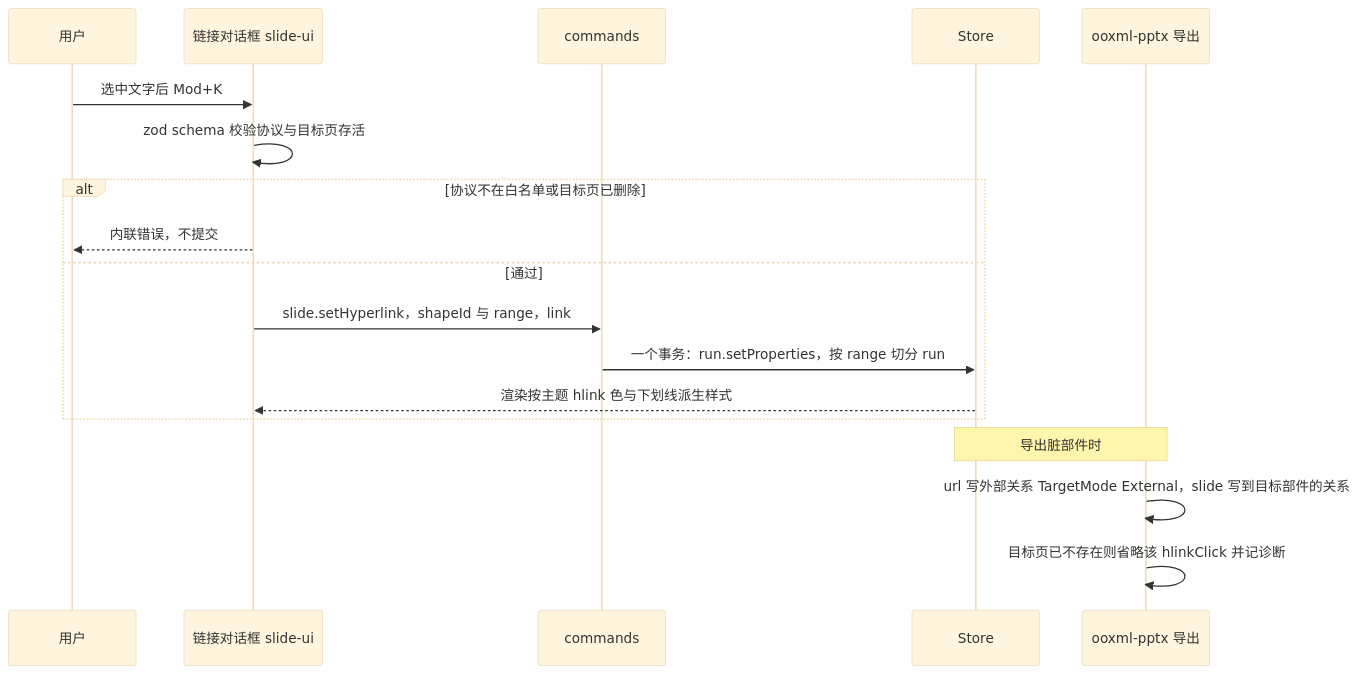
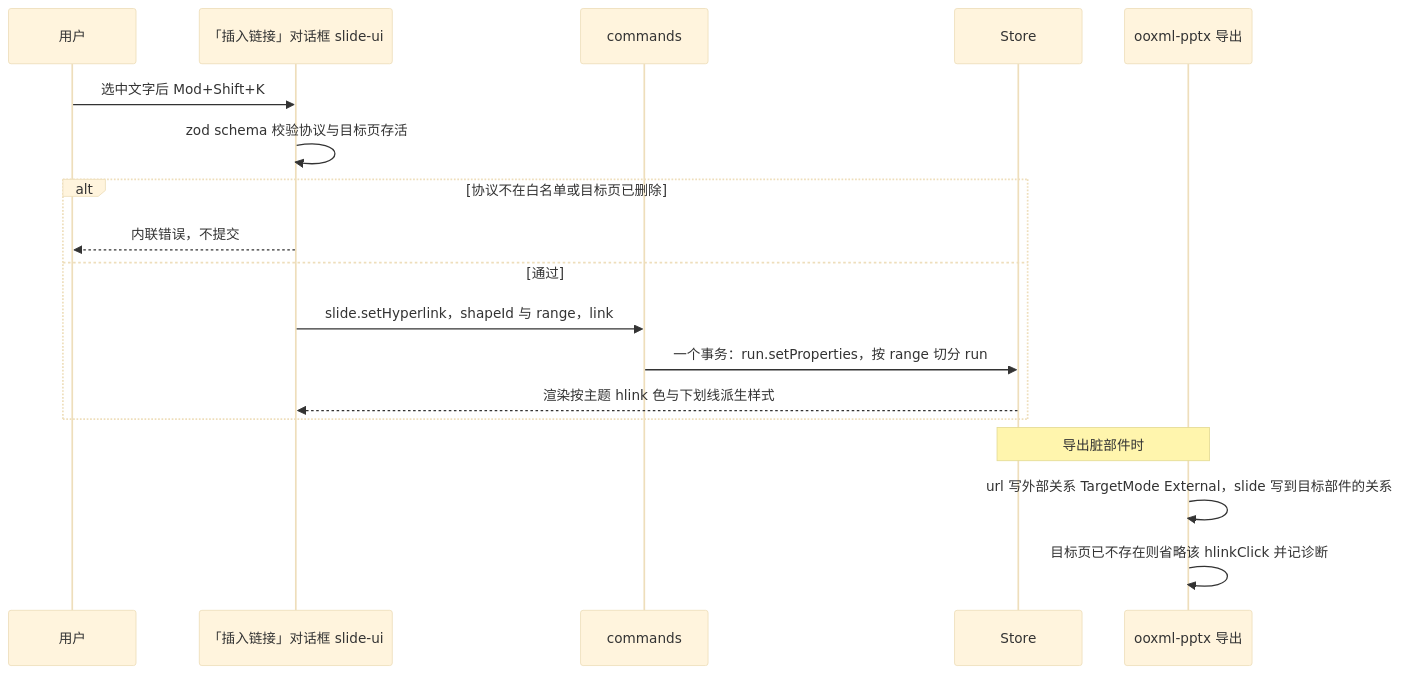
One commit to Xeonice/cordis-ppt-editor changed the seventh of 10 diagrams in docs/50-frontend/20-elements-text.md. Above: the diagram before and after it, drawn with Mermaid (base theme). The commit also changed other lines of this file and 25 other files, not shown here.

````diff
--- a/docs/50-frontend/20-elements-text.md
+++ b/docs/50-frontend/20-elements-text.md
@@ -302,20 +302,20 @@
 ```mermaid
 sequenceDiagram
   participant user as 用户
-  participant dlg as 链接对话框 slide-ui
+  participant dlg as 「插入链接」对话框 slide-ui
   participant cmd as commands
   participant store as Store
   participant enc as ooxml-pptx 导出
-  user->>dlg: 选中文字后 Mod+K
+  user->>dlg: 选中文字后 Mod+Shift+K
   dlg->>dlg: zod schema 校验协议与目标页存活
   alt 协议不在白名单或目标页已删除
     dlg-->>user: 内联错误，不提交
   else 通过
     dlg->>cmd: slide.setHyperlink，shapeId 与 range，link
     cmd->>store: 一个事务：run.setProperties，按 range 切分 run
     store-->>dlg: 渲染按主题 hlink 色与下划线派生样式
   end
   Note over store,enc: 导出脏部件时
   enc->>enc: url 写外部关系 TargetMode External，slide 写到目标部件的关系
   enc->>enc: 目标页已不存在则省略该 hlinkClick 并记诊断
 ```
````
